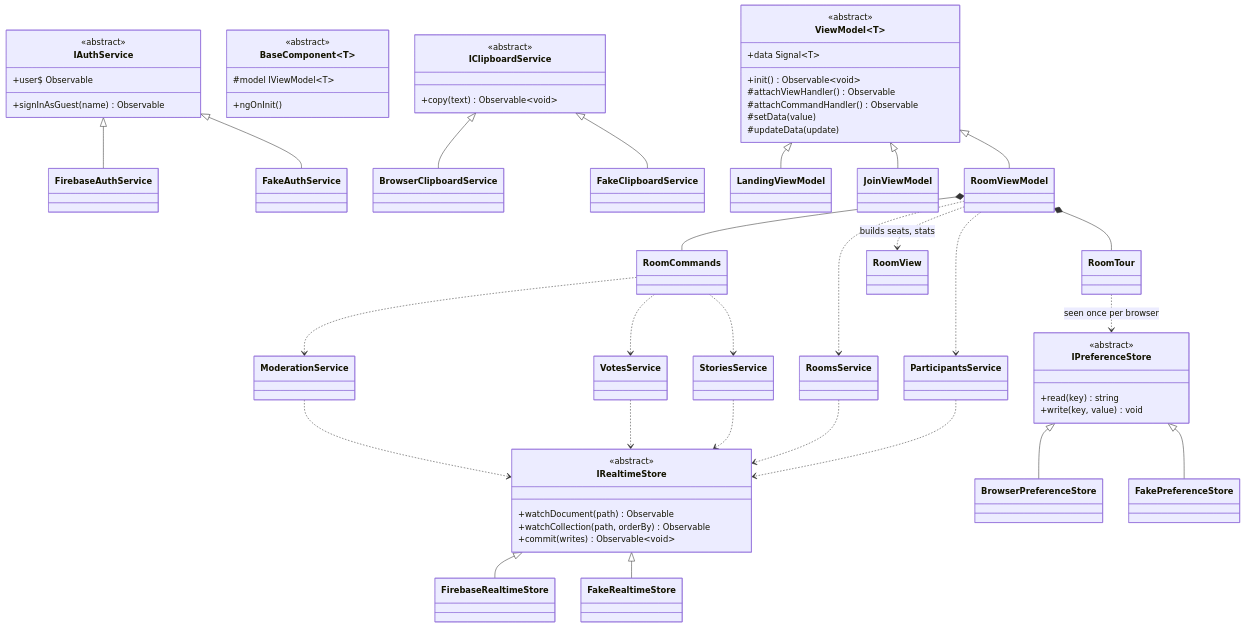
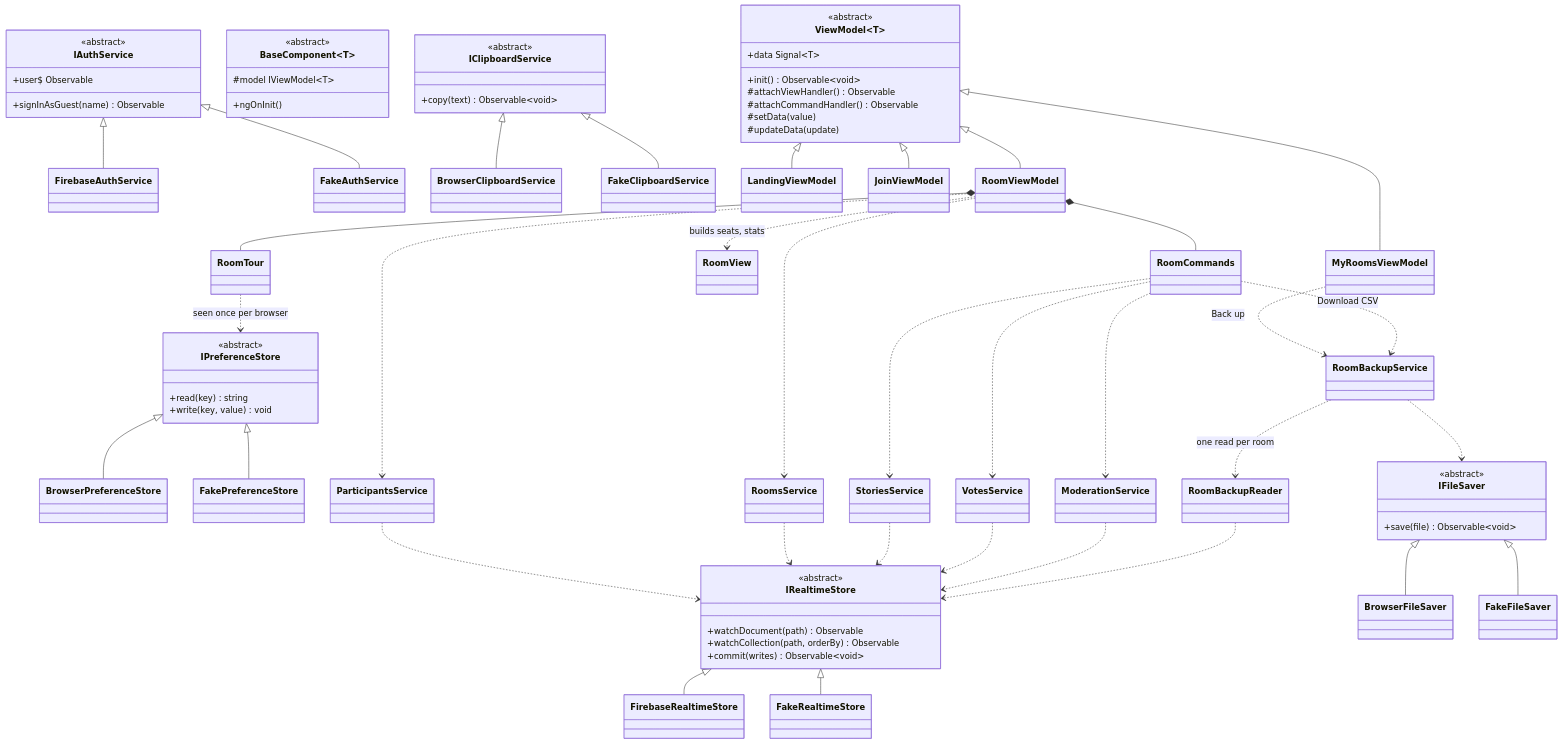
Before and after one commit to RaviAkhouri30/PlanningPoker: the diagram in docs/architecture/class-diagram.md, drawn with Mermaid. The commit also changed 47 other files, not shown here.

First line of the commit message:
feat: CSV backup of a room or all my rooms

````diff
--- a/docs/architecture/class-diagram.md
+++ b/docs/architecture/class-diagram.md
@@ -3,63 +3,75 @@
 ```mermaid
 classDiagram
   class ViewModel~T~ {
     <<abstract>>
     +data Signal~T~
     +init() Observable~void~
     #attachViewHandler() Observable
     #attachCommandHandler() Observable
     #setData(value)
     #updateData(update)
   }
   class BaseComponent~T~ {
     <<abstract>>
     #model IViewModel~T~
     +ngOnInit()
   }
   class IRealtimeStore {
     <<abstract>>
     +watchDocument(path) Observable
     +watchCollection(path, orderBy) Observable
     +commit(writes) Observable~void~
   }
   class IAuthService {
     <<abstract>>
     +user$ Observable
     +signInAsGuest(name) Observable
   }
   class IClipboardService {
     <<abstract>>
     +copy(text) Observable~void~
   }
   class IPreferenceStore {
     <<abstract>>
     +read(key) string
     +write(key, value) void
   }
   IRealtimeStore <|-- FirebaseRealtimeStore
   IRealtimeStore <|-- FakeRealtimeStore
   IAuthService <|-- FirebaseAuthService
   IAuthService <|-- FakeAuthService
   IClipboardService <|-- BrowserClipboardService
   IClipboardService <|-- FakeClipboardService
   IPreferenceStore <|-- BrowserPreferenceStore
   IPreferenceStore <|-- FakePreferenceStore
+  class IFileSaver {
+    <<abstract>>
+    +save(file) Observable~void~
+  }
+  IFileSaver <|-- BrowserFileSaver
+  IFileSaver <|-- FakeFileSaver
 
   ViewModel <|-- LandingViewModel
   ViewModel <|-- JoinViewModel
   ViewModel <|-- RoomViewModel
   RoomViewModel *-- RoomCommands
   RoomViewModel *-- RoomTour
   RoomTour ..> IPreferenceStore : seen once per browser
   RoomViewModel ..> RoomView : builds seats, stats
   RoomCommands ..> ModerationService
   RoomCommands ..> VotesService
   RoomCommands ..> StoriesService
+  RoomCommands ..> RoomBackupService : Download CSV
+  ViewModel <|-- MyRoomsViewModel
+  MyRoomsViewModel ..> RoomBackupService : Back up
+  RoomBackupService ..> RoomBackupReader : one read per room
+  RoomBackupService ..> IFileSaver
+  RoomBackupReader ..> IRealtimeStore
   RoomViewModel ..> RoomsService
   RoomViewModel ..> ParticipantsService
   ModerationService ..> IRealtimeStore
   VotesService ..> IRealtimeStore
   StoriesService ..> IRealtimeStore
   RoomsService ..> IRealtimeStore
   ParticipantsService ..> IRealtimeStore
 ```
````
